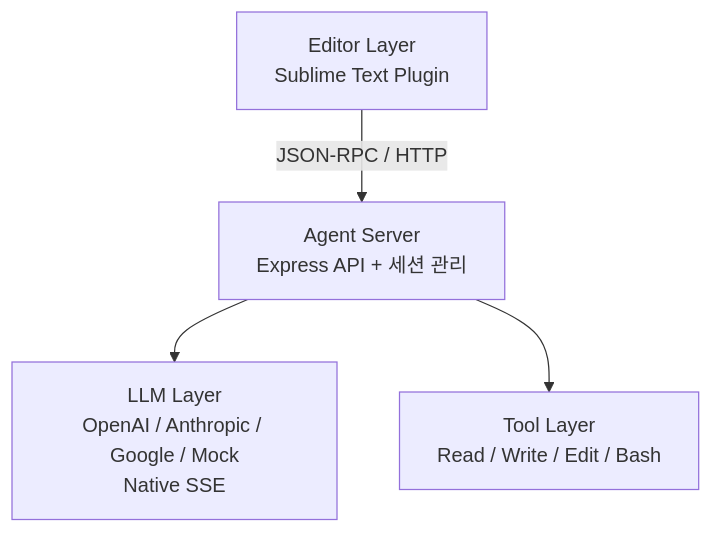
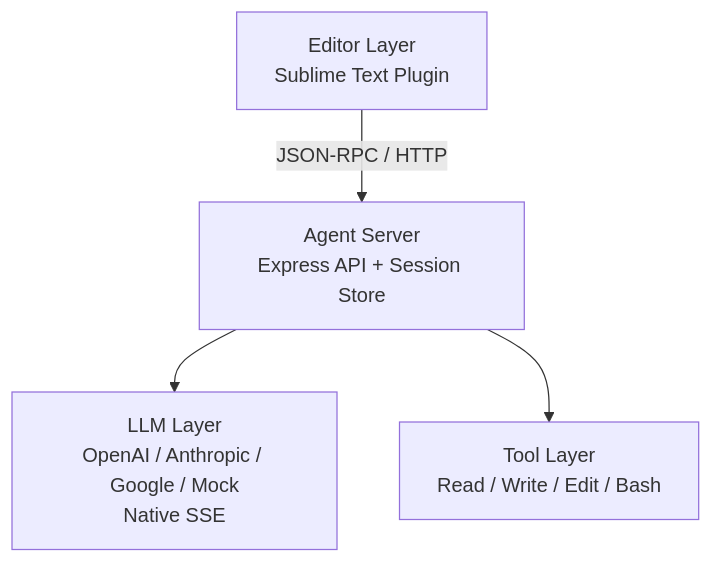
The first of 2 diagrams in README.md (junsang-dong/vibe_0203_maclaw_v1), drawn with Mermaid before and after one commit. The commit also changed other lines of this file and 3 other files, not shown here.

````diff
--- a/README.md
+++ b/README.md
@@ -38,6 +40,6 @@
 ```mermaid
 flowchart TB
-  Editor[Editor Layer\nSublime Text Plugin] -->|JSON-RPC / HTTP| Server[Agent Server\nExpress API + 세션 관리]
+  Editor[Editor Layer\nSublime Text Plugin] -->|JSON-RPC / HTTP| Server[Agent Server\nExpress API + Session Store]
   Server --> LLM[LLM Layer\nOpenAI / Anthropic / Google / Mock\nNative SSE]
   Server --> Tools[Tool Layer\nRead / Write / Edit / Bash]
 ```
````
